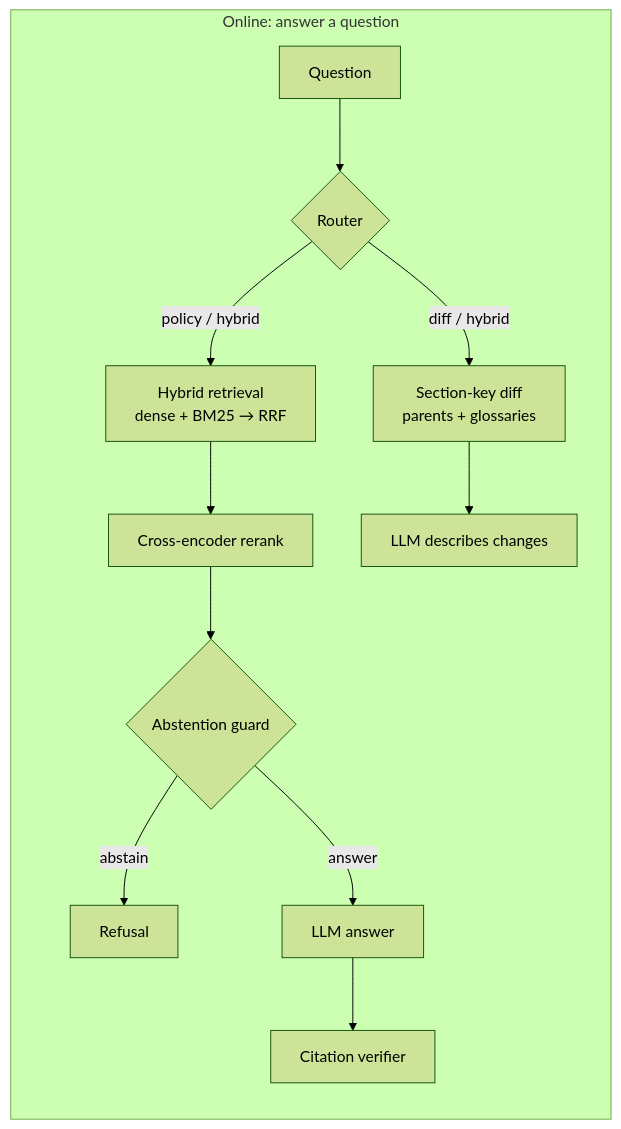
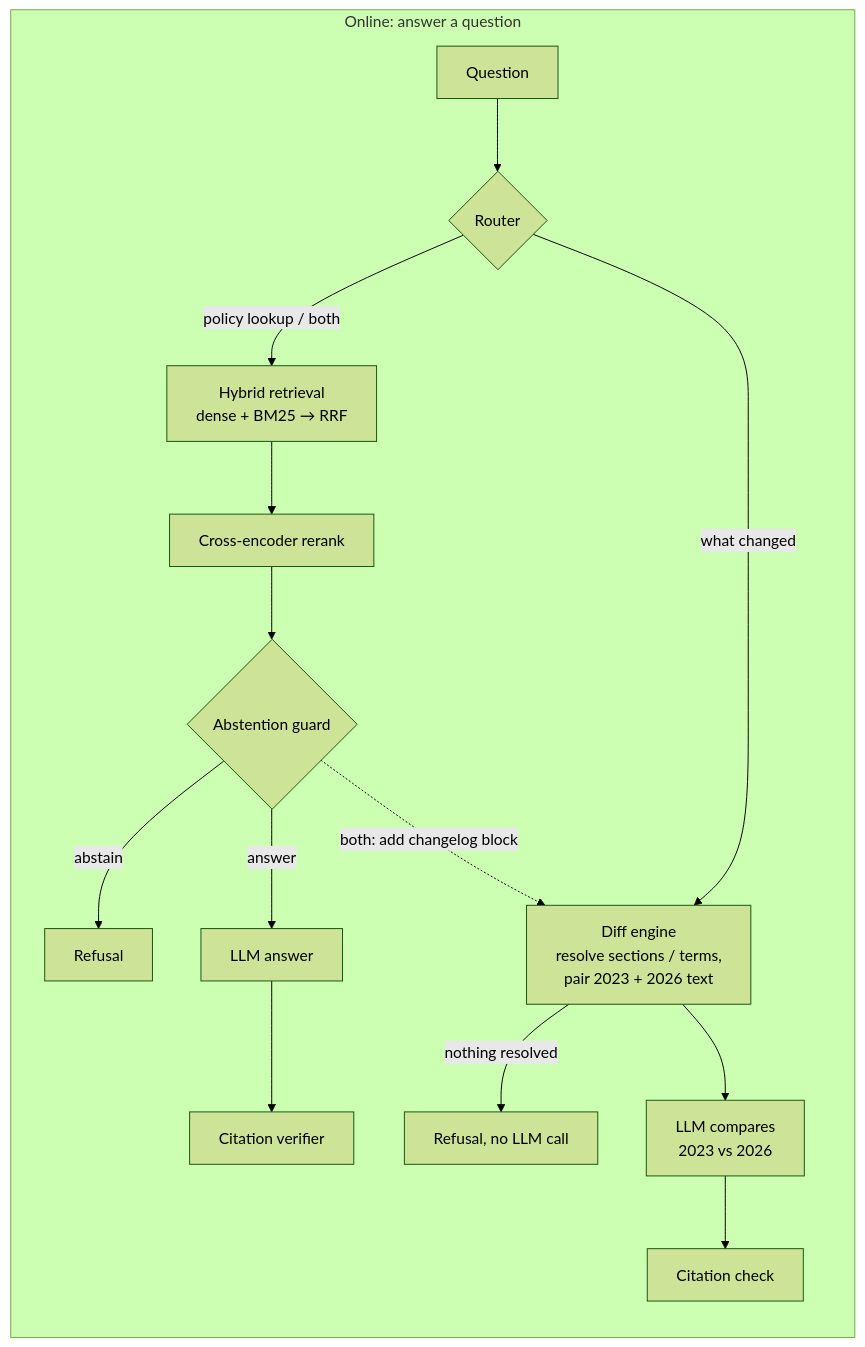
Before and after one commit to M-Yassir/ComplianceLens: the second of 5 diagrams in RAG/README.md, drawn with Mermaid (forest theme).

Commit message:
chore: modify online diagram

````diff
--- a/RAG/README.md
+++ b/RAG/README.md
@@ -50,14 +50,20 @@
 ```mermaid
 flowchart LR
     subgraph online["Online: answer a question"]
         Q[Question] --> RT{Router}
-        RT -->|policy / hybrid| HY["Hybrid retrieval<br/>dense + BM25 → RRF"]
+
+        RT -->|"policy lookup / both"| HY["Hybrid retrieval<br/>dense + BM25 → RRF"]
         HY --> RR[Cross-encoder rerank]
         RR --> AB{Abstention guard}
         AB -->|abstain| REF[Refusal]
         AB -->|answer| GEN[LLM answer]
         GEN --> CV[Citation verifier]
-        RT -->|diff / hybrid| DF["Section-key diff<br/>parents + glossaries"]
-        DF --> GEN2[LLM describes changes]
+
+        RT -->|"what changed"| DF["Diff engine<br/>resolve sections / terms,<br/>pair 2023 + 2026 text"]
+        DF -->|nothing resolved| REF2[Refusal, no LLM call]
+        DF --> GEN2["LLM compares<br/>2023 vs 2026"]
+        GEN2 --> CV2[Citation check]
+
+        AB -. "both: add changelog block" .-> DF
     end
 ```
````
